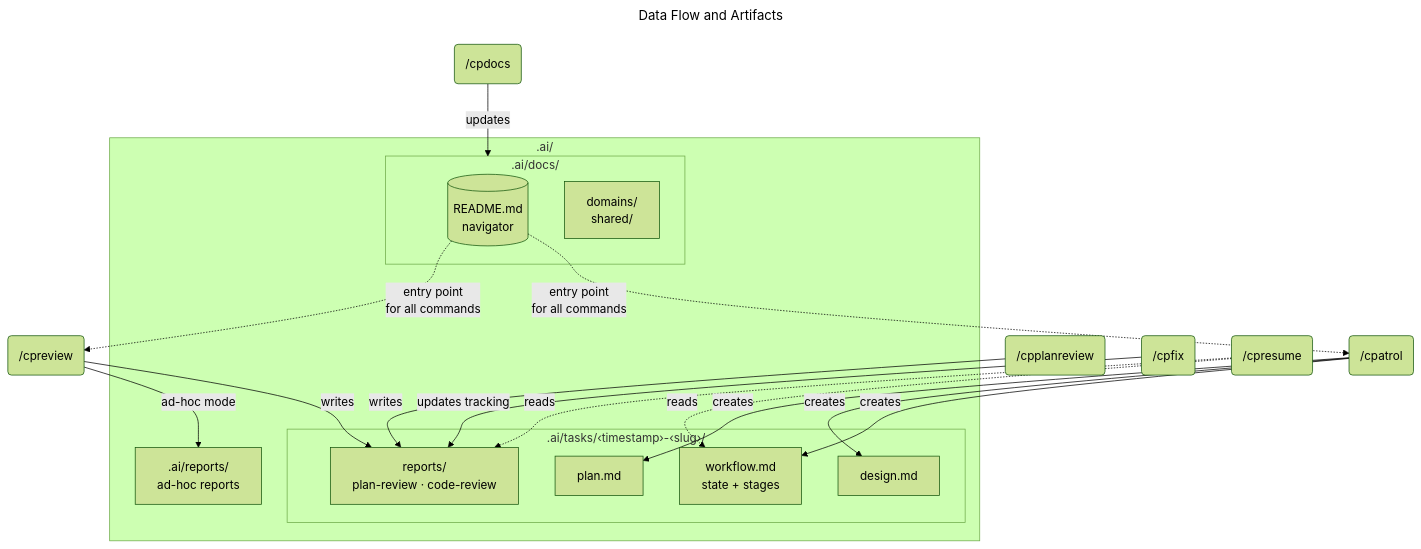
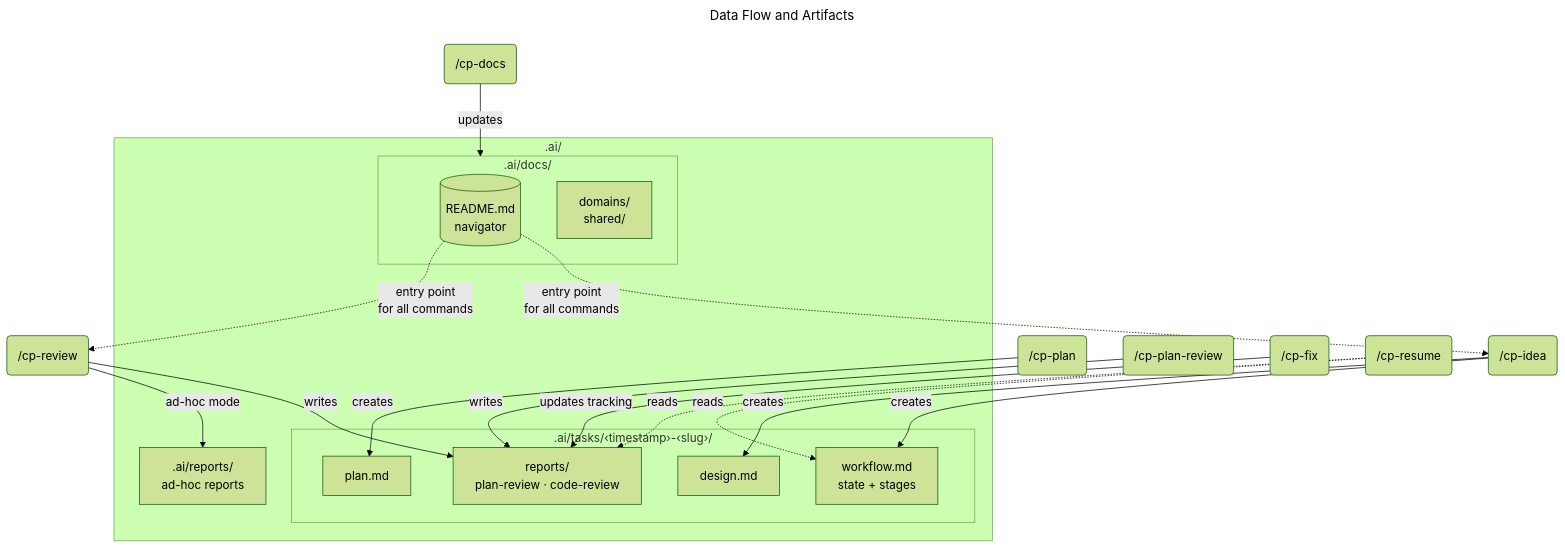
Before and after one commit to unger1984/codepatrol: the second of 3 diagrams in README.md, drawn with Mermaid (forest theme). The commit also changed other lines of this file and 75 other files, not shown here.

````diff
--- a/README.md
+++ b/README.md
@@ -125,33 +133,33 @@
 ```mermaid
 ---
 title: Data Flow and Artifacts
 ---
 flowchart TD
     subgraph storage [".ai/"]
         subgraph docsdir [".ai/docs/"]
             readme[("README.md\nnavigator")]
             domains["domains/\nshared/"]
         end
         subgraph taskdir [".ai/tasks/‹timestamp›-‹slug›/"]
             workflow["workflow.md\nstate + stages"]
             designf["design.md"]
             planf["plan.md"]
             reports["reports/\nplan-review · code-review"]
         end
         adhoc[".ai/reports/\nad-hoc reports"]
     end
 
-    cpatrol2("/cpatrol") -- "creates" --> workflow
-    cpatrol2 -- "creates" --> designf
-    cpatrol2 -- "creates" --> planf
-    planreview2("/cpplanreview") -- "writes" --> reports
-    cpfix2("/cpfix") -- "updates tracking" --> reports
-    cpreview2("/cpreview") -- "writes" --> reports
-    cpreview2 -- "ad-hoc mode" --> adhoc
-    cpdocs2("/cpdocs") -- "updates" --> docsdir
-    cpresume2("/cpresume") -. "reads" .-> workflow
-    cpresume2 -. "reads" .-> reports
+    cpidea2("/cp-idea") -- "creates" --> workflow
+    cpidea2 -- "creates" --> designf
+    cpplan2("/cp-plan") -- "creates" --> planf
+    planreview2("/cp-plan-review") -- "writes" --> reports
+    cpfixn2("/cp-fix") -- "updates tracking" --> reports
+    cpreviewn2("/cp-review") -- "writes" --> reports
+    cpreviewn2 -- "ad-hoc mode" --> adhoc
+    cpdocs2("/cp-docs") -- "updates" --> docsdir
+    cpresumen2("/cp-resume") -. "reads" .-> workflow
+    cpresumen2 -. "reads" .-> reports
 
-    readme -. "entry point\nfor all commands" .-> cpatrol2
-    readme -. "entry point\nfor all commands" .-> cpreview2
+    readme -. "entry point\nfor all commands" .-> cpidea2
+    readme -. "entry point\nfor all commands" .-> cpreviewn2
 ```
````
